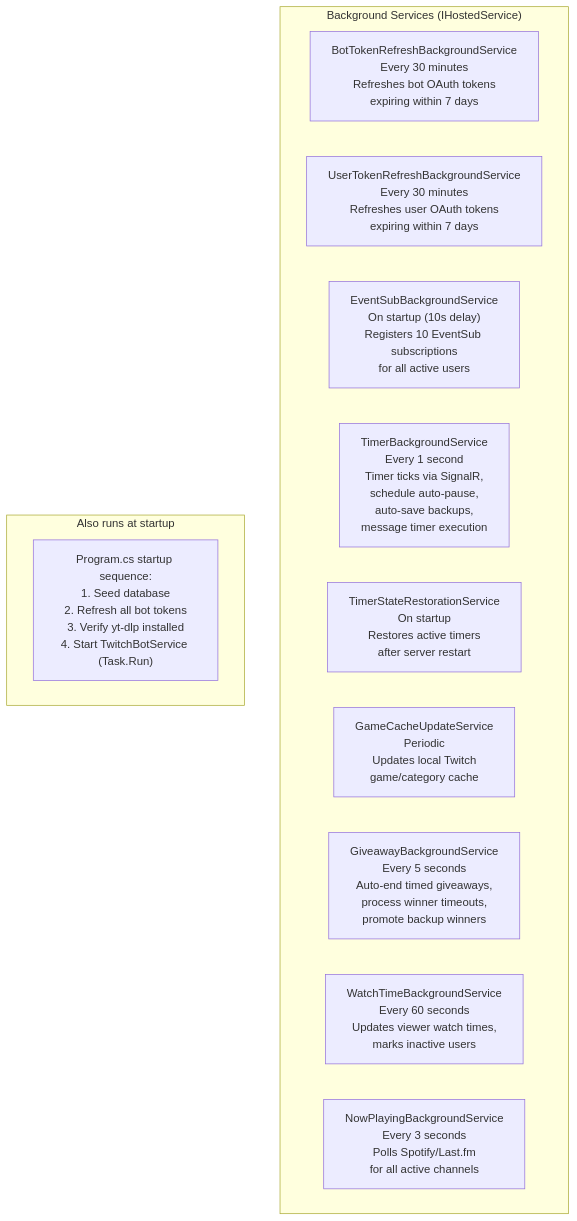
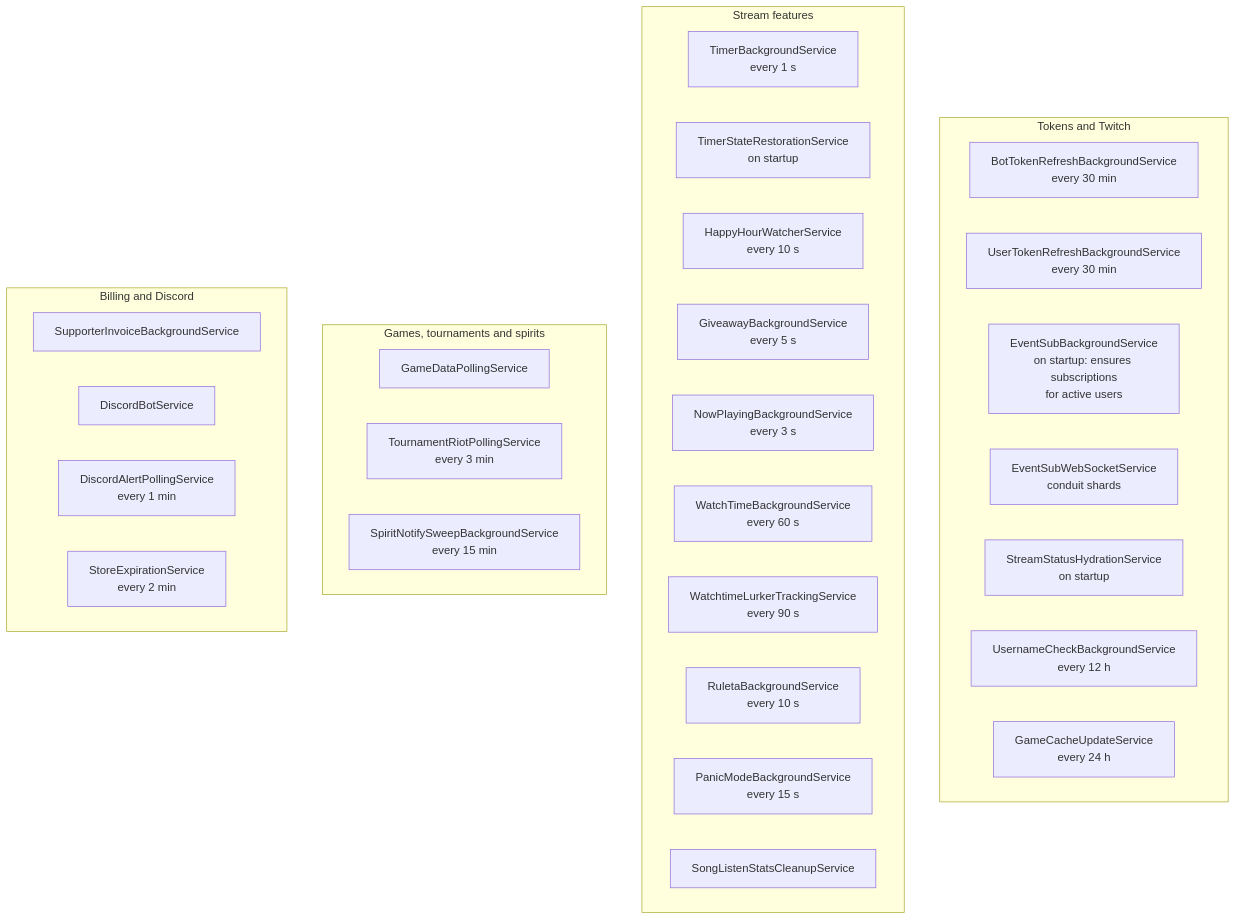
Before and after one commit to decatrondev/decatron: diagram 12 of 12 in docs/ARCHITECTURE.md, drawn with Mermaid. The commit also changed other lines of this file and 14 other files, not shown here.

Commit message:
Documentación de GitHub: docs/ revisados contra el código (EventSub por conduit, API pública v1, comandos, overlays, configuración, despliegue) y versión completa en español en docs/es

````diff
--- a/docs/ARCHITECTURE.md
+++ b/docs/ARCHITECTURE.md
@@ -935,18 +1010,38 @@
 ```mermaid
 graph TD
-    subgraph "Background Services (IHostedService)"
-        BotRefresh["BotTokenRefreshBackgroundService<br/>Every 30 minutes<br/>Refreshes bot OAuth tokens<br/>expiring within 7 days"]
-        UserRefresh["UserTokenRefreshBackgroundService<br/>Every 30 minutes<br/>Refreshes user OAuth tokens<br/>expiring within 7 days"]
-        EventSubBG["EventSubBackgroundService<br/>On startup (10s delay)<br/>Registers 10 EventSub subscriptions<br/>for all active users"]
-        TimerBG["TimerBackgroundService<br/>Every 1 second<br/>Timer ticks via SignalR,<br/>schedule auto-pause,<br/>auto-save backups,<br/>message timer execution"]
-        TimerRestore["TimerStateRestorationService<br/>On startup<br/>Restores active timers<br/>after server restart"]
-        GameCache["GameCacheUpdateService<br/>Periodic<br/>Updates local Twitch<br/>game/category cache"]
-        GiveawayBG["GiveawayBackgroundService<br/>Every 5 seconds<br/>Auto-end timed giveaways,<br/>process winner timeouts,<br/>promote backup winners"]
-        WatchTimeBG["WatchTimeBackgroundService<br/>Every 60 seconds<br/>Updates viewer watch times,<br/>marks inactive users"]
-        NowPlayingBG["NowPlayingBackgroundService<br/>Every 3 seconds<br/>Polls Spotify/Last.fm<br/>for all active channels"]
+    subgraph "Tokens and Twitch"
+        BotRefresh["BotTokenRefreshBackgroundService<br/>every 30 min"]
+        UserRefresh["UserTokenRefreshBackgroundService<br/>every 30 min"]
+        EventSubBG["EventSubBackgroundService<br/>on startup: ensures subscriptions<br/>for active users"]
+        EventSubWS["EventSubWebSocketService<br/>conduit shards"]
+        Hydrate["StreamStatusHydrationService<br/>on startup"]
+        Username["UsernameCheckBackgroundService<br/>every 12 h"]
+        GameCache["GameCacheUpdateService<br/>every 24 h"]
     end
 
-    subgraph "Also runs at startup"
-        Startup["Program.cs startup sequence:<br/>1. Seed database<br/>2. Refresh all bot tokens<br/>3. Verify yt-dlp installed<br/>4. Start TwitchBotService (Task.Run)"]
+    subgraph "Stream features"
+        TimerBG["TimerBackgroundService<br/>every 1 s"]
+        TimerRestore["TimerStateRestorationService<br/>on startup"]
+        HappyHour["HappyHourWatcherService<br/>every 10 s"]
+        GiveawayBG["GiveawayBackgroundService<br/>every 5 s"]
+        NowPlayingBG["NowPlayingBackgroundService<br/>every 3 s"]
+        WatchTimeBG["WatchTimeBackgroundService<br/>every 60 s"]
+        Lurker["WatchtimeLurkerTrackingService<br/>every 90 s"]
+        Ruleta["RuletaBackgroundService<br/>every 10 s"]
+        Panic["PanicModeBackgroundService<br/>every 15 s"]
+        SRStats["SongListenStatsCleanupService"]
+    end
+
+    subgraph "Games, tournaments and spirits"
+        GameData["GameDataPollingService"]
+        RiotPoll["TournamentRiotPollingService<br/>every 3 min"]
+        Spirits["SpiritNotifySweepBackgroundService<br/>every 15 min"]
+    end
+
+    subgraph "Billing and Discord"
+        Invoices["SupporterInvoiceBackgroundService"]
+        DiscordBot["DiscordBotService"]
+        DiscordAlerts["DiscordAlertPollingService<br/>every 1 min"]
+        Store["StoreExpirationService<br/>every 2 min"]
     end
 ```
````
